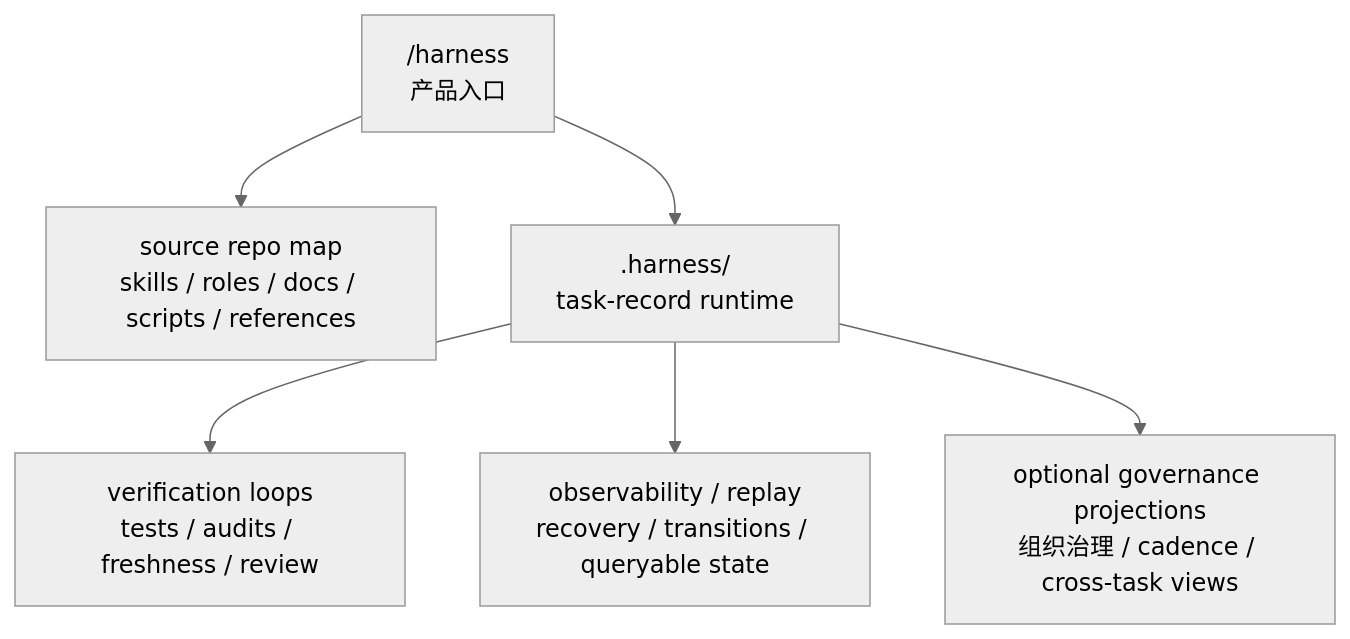
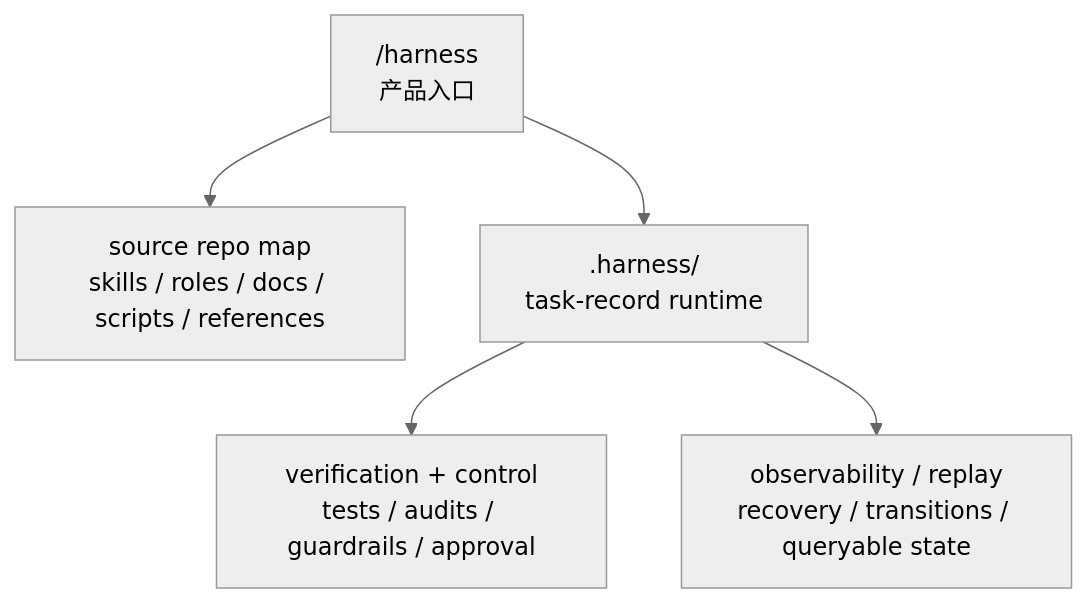
One commit to qOeOp/harness changed the diagram in README.md. Above: the diagram before and after it, drawn with Mermaid (neutral theme). The commit also changed other lines of this file and 95 other files, not shown here.

````diff
--- a/README.md
+++ b/README.md
@@ -71,8 +69,7 @@
 ```mermaid
 flowchart TD
     A["/harness<br/>产品入口"] --> B["source repo map<br/>skills / roles / docs / scripts / references"]
     A --> C[".harness/<br/>task-record runtime"]
-    C --> D["verification loops<br/>tests / audits / freshness / review"]
+    C --> D["verification + control<br/>tests / audits / guardrails / approval"]
     C --> E["observability / replay<br/>recovery / transitions / queryable state"]
-    C --> F["optional governance projections<br/>组织治理 / cadence / cross-task views"]
 ```
````
